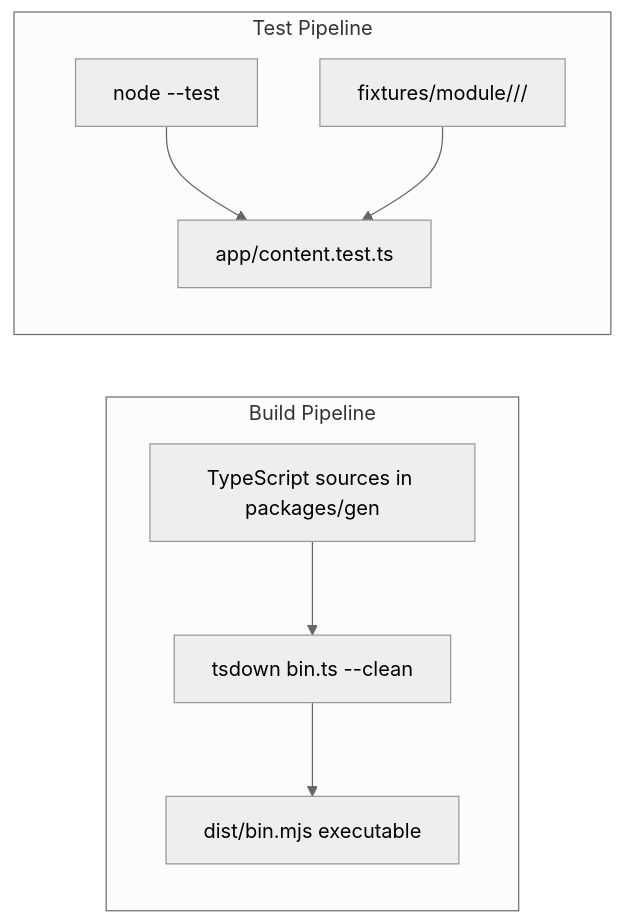
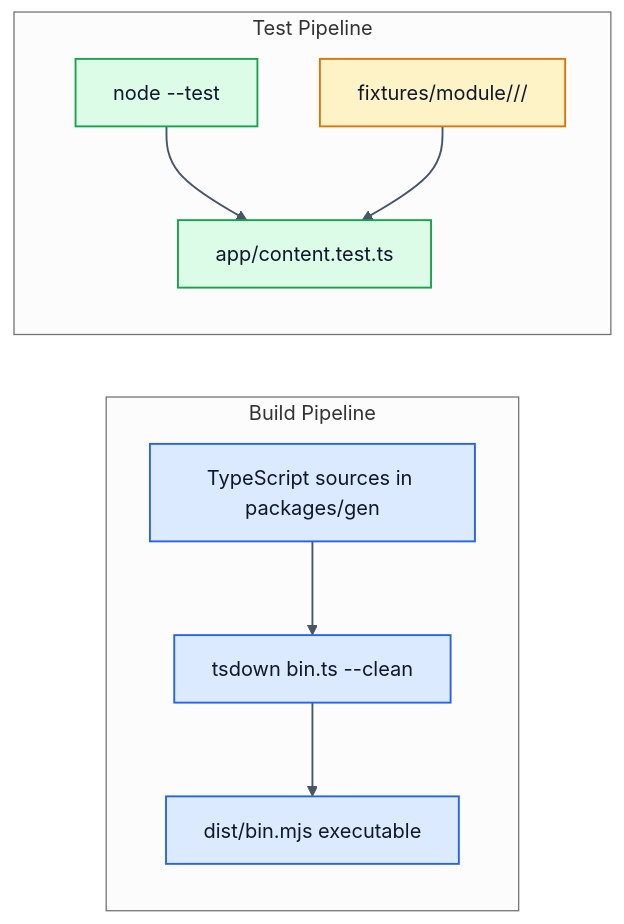
Before and after one commit to GaryB432/gb-schematics: the diagram in packages/gen/README.md, drawn with Mermaid (neutral theme). The commit also changed other lines of this file, not shown here.

Commit message:
docs: update badges and enhance mermaid diagram styling in README

````diff
--- a/packages/gen/README.md
+++ b/packages/gen/README.md
@@ -40,19 +40,27 @@
 ```mermaid
 flowchart LR
 	subgraph Build_Pipeline["Build Pipeline"]
 		direction TB
 		SRC["TypeScript sources in packages/gen"]
 		TSDOWN["tsdown bin.ts --clean"]
 		DIST["dist/bin.mjs executable"]
 		SRC --> TSDOWN --> DIST
 	end
 
 	subgraph Test_Pipeline["Test Pipeline"]
 		direction TB
 		NODETEST["node --test"]
 		SUITE["app/content.test.ts"]
 		FIXTURES["fixtures/module/<language>/<kind>/<testRunner>"]
 		NODETEST --> SUITE
 		FIXTURES --> SUITE
 	end
+
+	classDef build fill:#dbeafe,stroke:#2563eb,color:#0f172a,stroke-width:1.5px
+	classDef test fill:#dcfce7,stroke:#16a34a,color:#0f172a,stroke-width:1.5px
+	classDef data fill:#fef3c7,stroke:#d97706,color:#0f172a,stroke-width:1.5px
+	class SRC,TSDOWN,DIST build
+	class NODETEST,SUITE test
+	class FIXTURES data
+	linkStyle default stroke:#475569,stroke-width:1.5px
 ```
````
